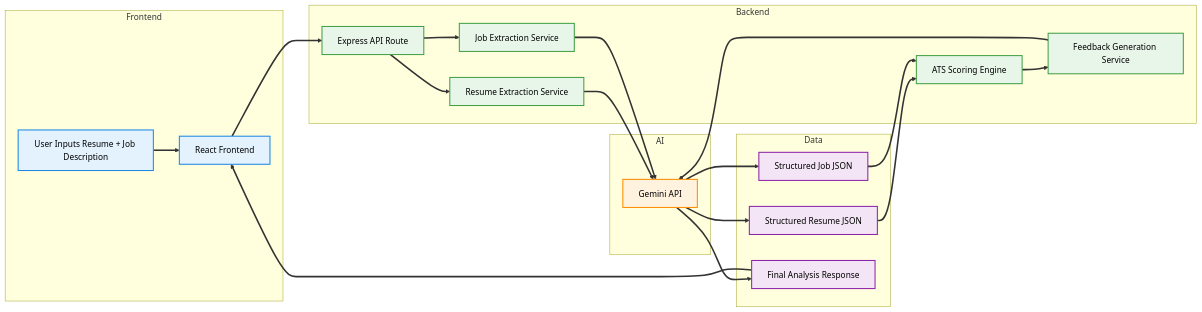
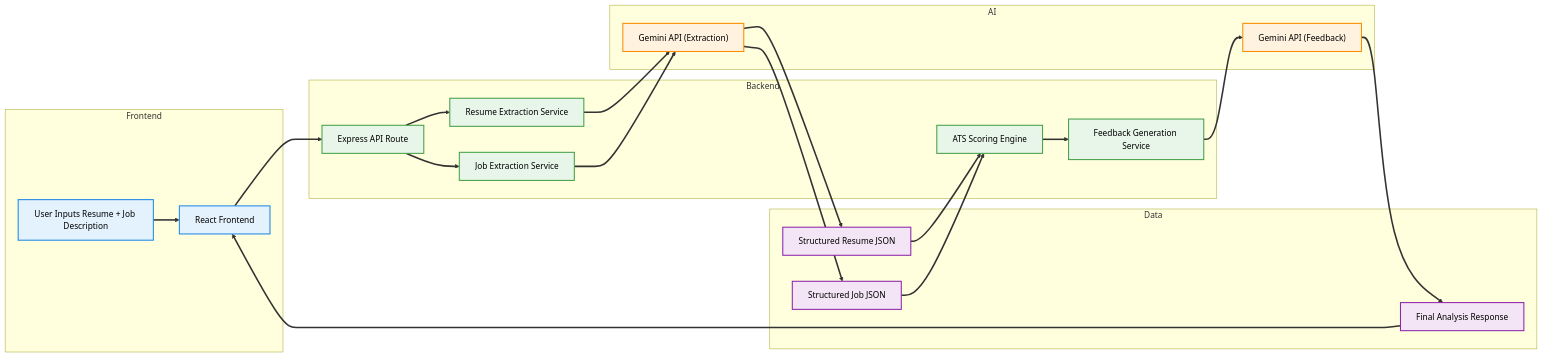
One commit to Sam-AI-Solutions/AI-Resume-Matcher changed the diagram in README.md. Above: the diagram before and after it, drawn with Mermaid.

````diff
--- a/README.md
+++ b/README.md
@@ -3,66 +3,67 @@
 ```mermaid
 flowchart LR
 
     subgraph Frontend
         A["User Inputs Resume + Job Description"]
         B["React Frontend"]
     end
 
     subgraph Backend
         C["Express API Route"]
 
         D["Resume Extraction Service"]
         E["Job Extraction Service"]
 
         F["ATS Scoring Engine"]
 
         G["Feedback Generation Service"]
     end
 
     subgraph AI
-        H["Gemini API"]
+        H["Gemini API (Extraction)"]
+        L["Gemini API (Feedback)"]
     end
 
     subgraph Data
         I["Structured Resume JSON"]
         J["Structured Job JSON"]
         K["Final Analysis Response"]
     end
 
     A --> B
     B --> C
 
     C --> D
     C --> E
 
     D --> H
     E --> H
 
     H --> I
     H --> J
 
     I --> F
     J --> F
 
     F --> G
 
-    G --> H
+    G --> L
 
-    H --> K
+    L --> K
 
     K --> B
 
     %% Link Styling
     linkStyle default stroke-width:3px;
 
     %% Node Styling
     classDef frontend fill:#E3F2FD,stroke:#1E88E5,color:#000,stroke-width:2px;
     classDef backend fill:#E8F5E9,stroke:#43A047,color:#000,stroke-width:2px;
     classDef ai fill:#FFF3E0,stroke:#FB8C00,color:#000,stroke-width:2px;
     classDef data fill:#F3E5F5,stroke:#8E24AA,color:#000,stroke-width:2px;
 
     class A,B frontend;
     class C,D,E,F,G backend;
-    class H ai;
+    class H,L ai;
     class I,J,K data;
 ```
````
